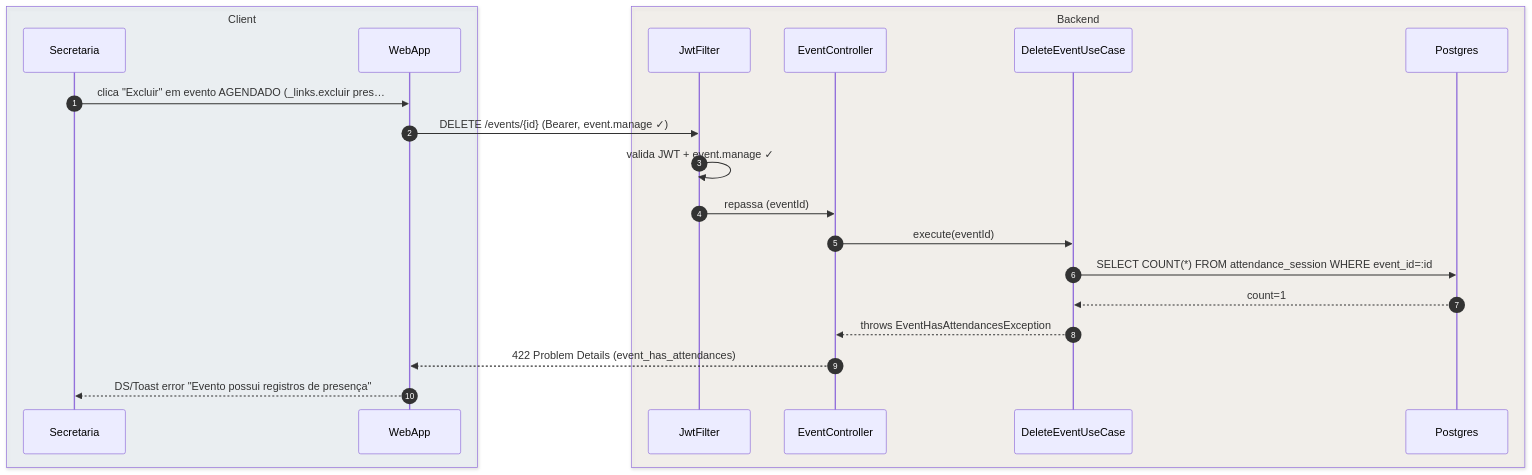
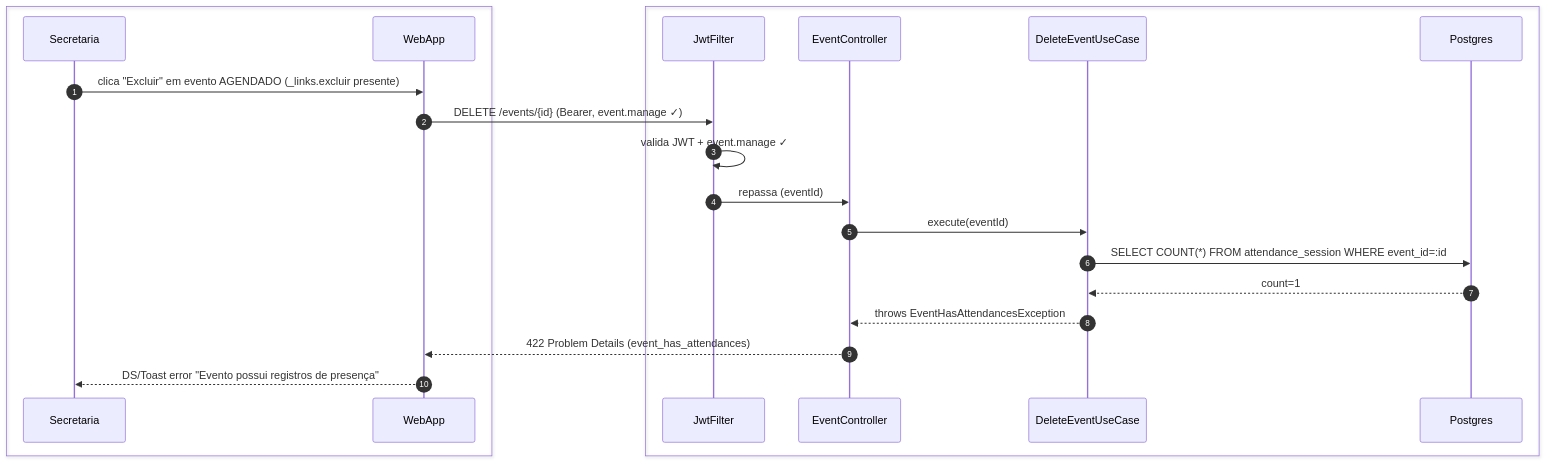
The third of 3 diagrams in foundationDocs/sequenceDiagrams/F5 — Secretaria/US-F5-008-EVENTOS.md (umishell/secretariaOnline2), drawn with Mermaid before and after one commit. The commit also changed other lines of this file and 70 other files, not shown here.

First line of the commit message:
Enhance database documentation and introduce new schema files

````diff
--- a/foundationDocs/sequenceDiagrams/F5 — Secretaria/US-F5-008-EVENTOS.md
+++ b/foundationDocs/sequenceDiagrams/F5 — Secretaria/US-F5-008-EVENTOS.md
@@ -151,25 +151,25 @@
 ```mermaid
 sequenceDiagram
     autonumber
-    box rgba(230,245,255,0.3) Client
+    box #e8f4fc Cliente
         participant Secretaria
         participant WebApp
     end
-    box rgba(255,245,230,0.3) Backend
+    box #fff8ee Servidor
         participant JwtFilter
         participant EventController
         participant DeleteEventUC as DeleteEventUseCase
         participant Postgres
     end
 
-    Secretaria->>WebApp: clica "Excluir" em evento AGENDADO (_links.excluir pres…
+    Secretaria->>WebApp: clica "Excluir" em evento AGENDADO (_links.excluir presente)
     WebApp->>JwtFilter: DELETE /events/{id} (Bearer, event.manage ✓)
     JwtFilter->>JwtFilter: valida JWT + event.manage ✓
     JwtFilter->>EventController: repassa (eventId)
     EventController->>DeleteEventUC: execute(eventId)
     DeleteEventUC->>Postgres: SELECT COUNT(*) FROM attendance_session WHERE event_id=:id
     Postgres-->>DeleteEventUC: count=1
     DeleteEventUC-->>EventController: throws EventHasAttendancesException
     EventController-->>WebApp: 422 Problem Details (event_has_attendances)
     WebApp-->>Secretaria: DS/Toast error "Evento possui registros de presença"
 ```
````
